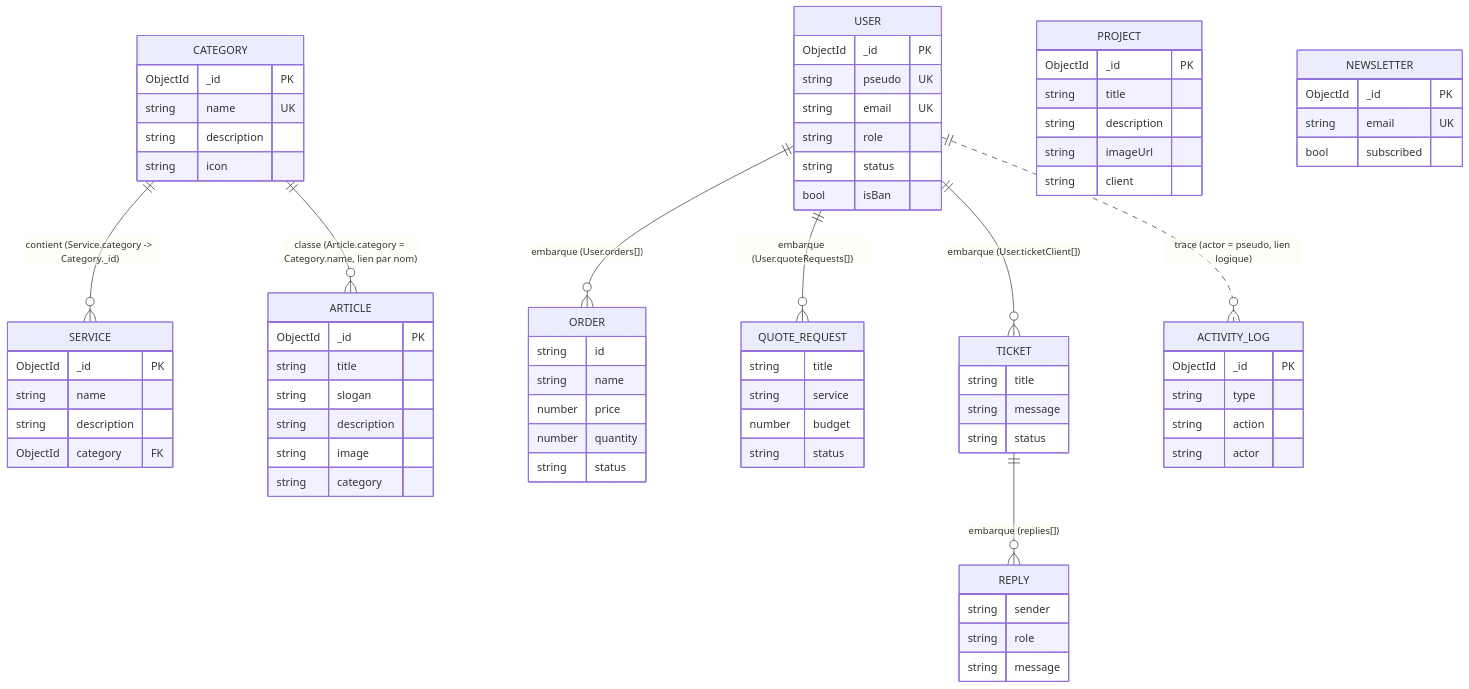
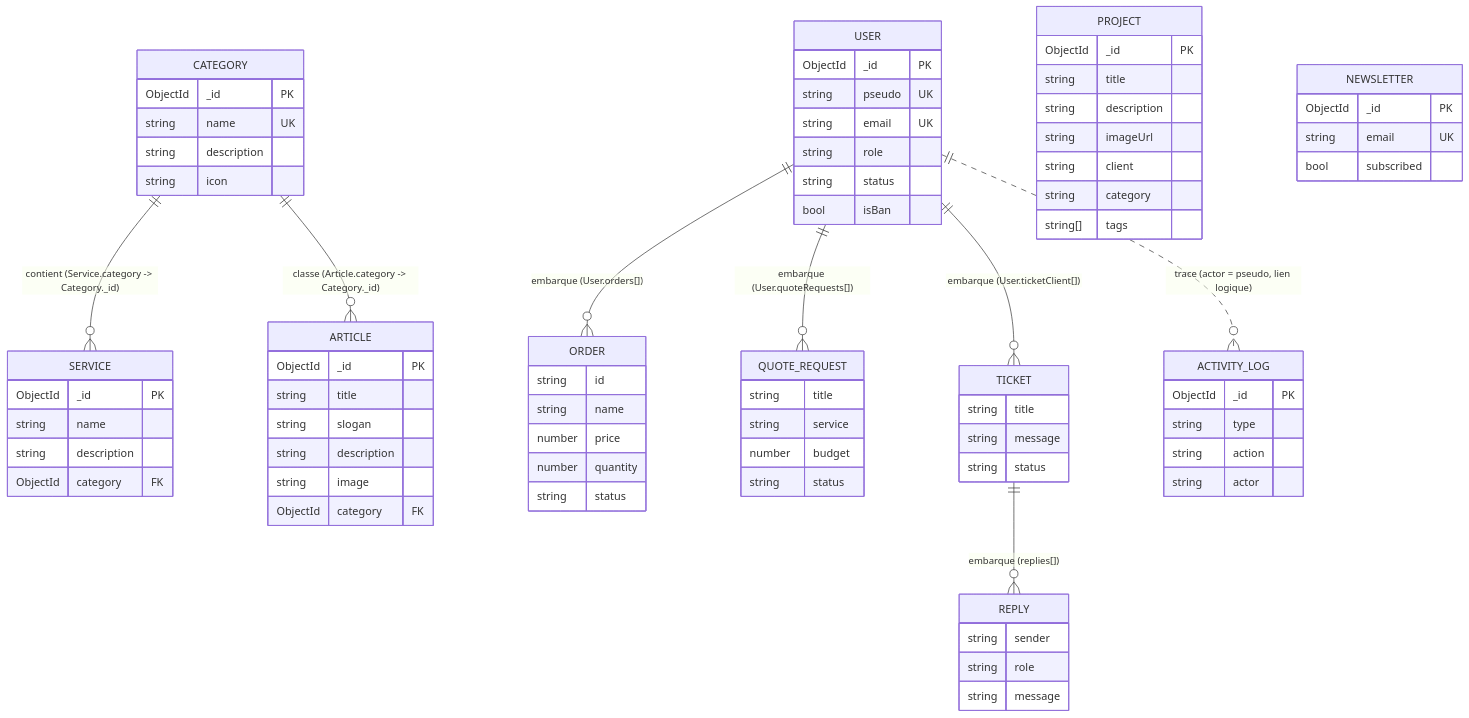
Before and after one commit to Ilaria-Digital-School/Projet.DeveloppeurWebFull.Maxime.Jumel.2026: the diagram in docs/schema-donnees.md, drawn with Mermaid. The commit also changed other lines of this file and 25 other files, not shown here.

First line of the commit message:
feat: add environment configuration, enhance article and project management, and improve documentation

````diff
--- a/docs/schema-donnees.md
+++ b/docs/schema-donnees.md
@@ -7,22 +7,22 @@
 ```mermaid
 erDiagram
     CATEGORY ||--o{ SERVICE : "contient (Service.category -> Category._id)"
-    CATEGORY ||--o{ ARTICLE : "classe (Article.category = Category.name, lien par nom)"
+    CATEGORY ||--o{ ARTICLE : "classe (Article.category -> Category._id)"
     USER ||--o{ ORDER : "embarque (User.orders[])"
     USER ||--o{ QUOTE_REQUEST : "embarque (User.quoteRequests[])"
     USER ||--o{ TICKET : "embarque (User.ticketClient[])"
     TICKET ||--o{ REPLY : "embarque (replies[])"
     USER ||..o{ ACTIVITY_LOG : "trace (actor = pseudo, lien logique)"
 
     CATEGORY { ObjectId _id PK  string name UK  string description  string icon }
     SERVICE { ObjectId _id PK  string name  string description  ObjectId category FK }
-    ARTICLE { ObjectId _id PK  string title  string slogan  string description  string image  string category }
-    PROJECT { ObjectId _id PK  string title  string description  string imageUrl  string client }
+    ARTICLE { ObjectId _id PK  string title  string slogan  string description  string image  ObjectId category FK }
+    PROJECT { ObjectId _id PK  string title  string description  string imageUrl  string client  string category  string[] tags }
     USER { ObjectId _id PK  string pseudo UK  string email UK  string role  string status  bool isBan }
     ORDER { string id  string name  number price  number quantity  string status }
     QUOTE_REQUEST { string title  string service  number budget  string status }
     TICKET { string title  string message  string status }
     REPLY { string sender  string role  string message }
     ACTIVITY_LOG { ObjectId _id PK  string type  string action  string actor }
     NEWSLETTER { ObjectId _id PK  string email UK  bool subscribed }
 ```
````
